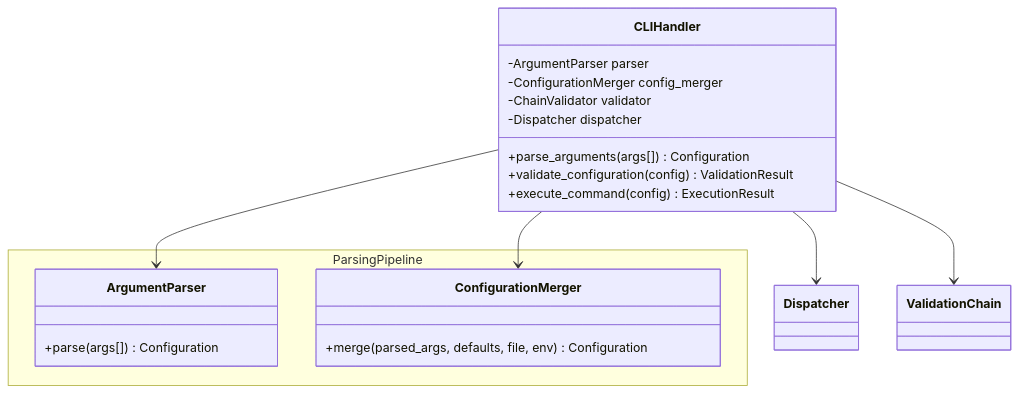
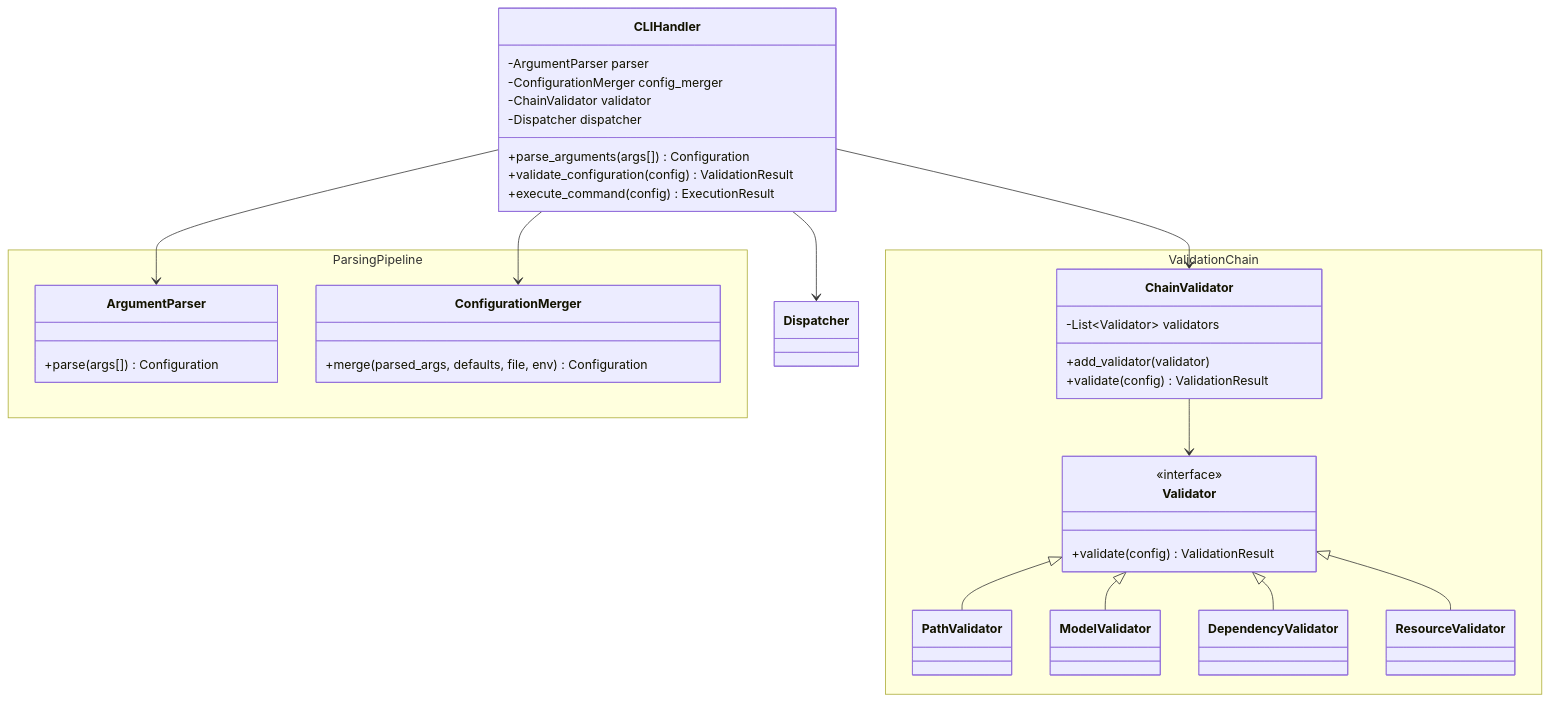
Before and after one commit to FilippoGurioli/test-2-code-llm: the second of 4 diagrams in docs/design.md, drawn with Mermaid.

Commit message:
docs: unite cli handler class diagram into a single diagram

````diff
--- a/docs/design.md
+++ b/docs/design.md
@@ -55,27 +55,50 @@
 ```mermaid
 classDiagram
     class CLIHandler {
         -ArgumentParser parser
         -ConfigurationMerger config_merger
         -ChainValidator validator
         -Dispatcher dispatcher
         +parse_arguments(args[]) Configuration
         +validate_configuration(config) ValidationResult
         +execute_command(config) ExecutionResult
     }
     
     namespace ParsingPipeline {
         class ArgumentParser {
             +parse(args[]) Configuration
         }
 
         class ConfigurationMerger {
             +merge(parsed_args, defaults, file, env) Configuration
         }
     }
+
+    namespace ValidationChain {    
+        class ChainValidator {
+            -List~Validator~ validators
+            +add_validator(validator)
+            +validate(config) ValidationResult
+        }
+
+        class Validator {
+            <<interface>>
+            +validate(config) ValidationResult
+        }
+
+        class PathValidator {}
+        class ModelValidator {}
+        class DependencyValidator {}
+        class ResourceValidator {}
+    }
     
+    CLIHandler --> ChainValidator
+    ChainValidator --> Validator
+    Validator <|-- PathValidator
+    Validator <|-- ModelValidator
+    Validator <|-- DependencyValidator
+    Validator <|-- ResourceValidator
     CLIHandler --> Dispatcher
-    CLIHandler --> ValidationChain
     CLIHandler --> ArgumentParser
     CLIHandler --> ConfigurationMerger
 ```
````
